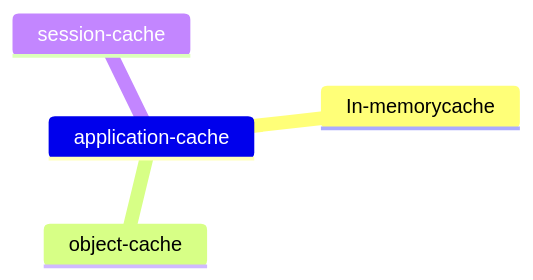
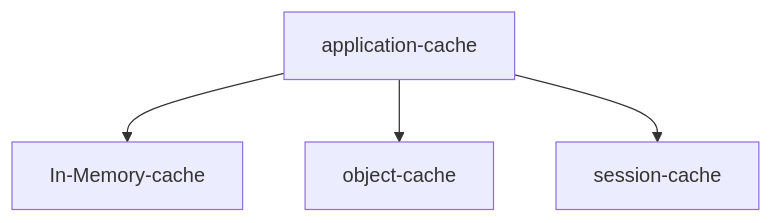
Before and after one commit to Sri2103/LearningNotes: the diagram in caching/Application-caching.md, drawn with Mermaid. The commit also changed 7 other files, not shown here.

````diff
--- a/caching/Application-caching.md
+++ b/caching/Application-caching.md
@@ -7,7 +7,7 @@
 ```mermaid
-mindmap
-    application-cache
-        In-memorycache
-        object-cache
-        session-cache
+graph TD
+  application-cache --> In-Memory-cache
+  application-cache --> object-cache
+  application-cache --> session-cache
+
 ```
````
